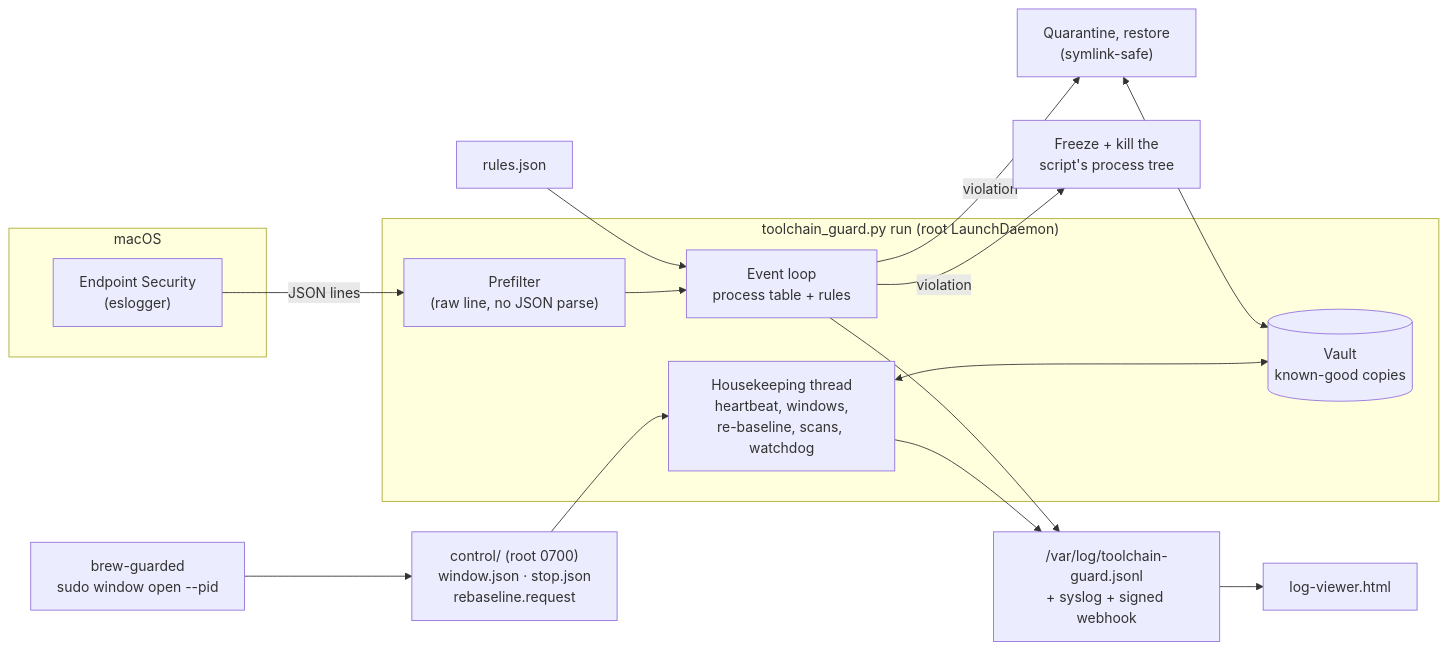
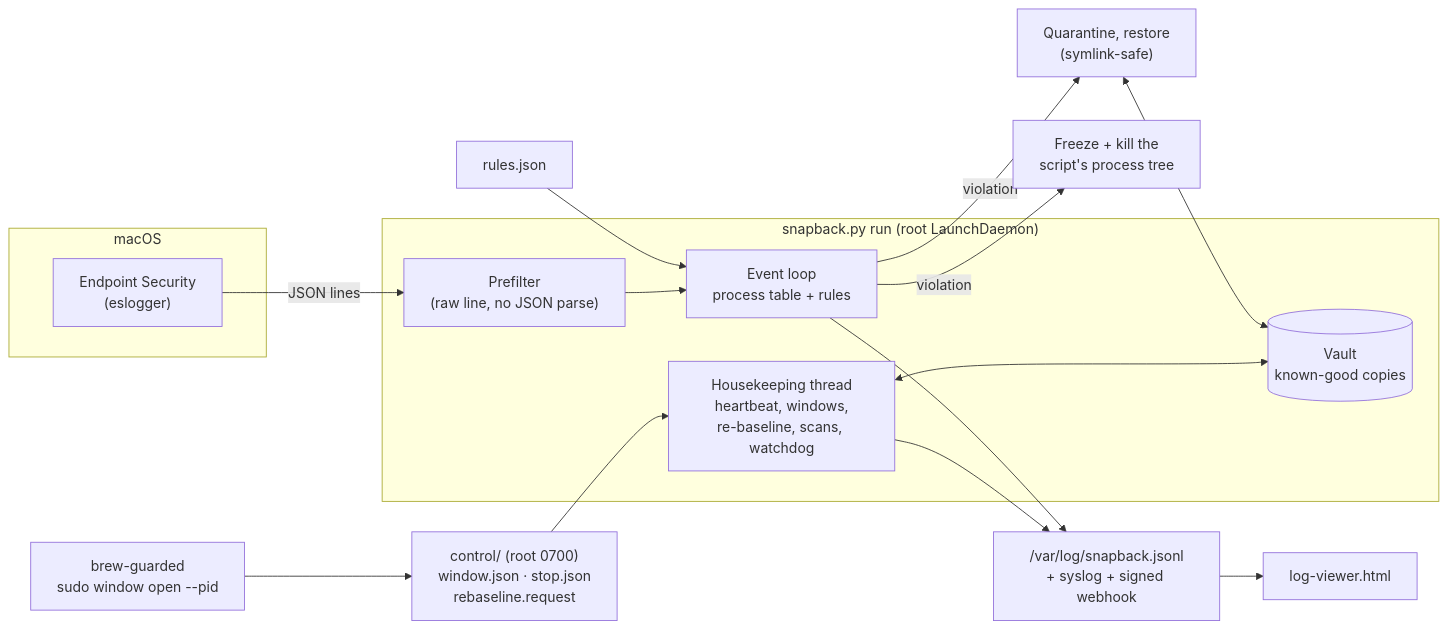
The diagram in README.md (hsouf/Snapback), drawn with Mermaid before and after one commit. The commit also changed other lines of this file and 9 other files, not shown here.

````diff
--- a/README.md
+++ b/README.md
@@ -43,23 +43,23 @@
 ```mermaid
 flowchart LR
     subgraph kernel["macOS"]
         ES["Endpoint Security<br/>(eslogger)"]
     end
-    subgraph daemon["toolchain_guard.py run (root LaunchDaemon)"]
+    subgraph daemon["snapback.py run (root LaunchDaemon)"]
         F["Prefilter<br/>(raw line, no JSON parse)"]
         P["Event loop<br/>process table + rules"]
         V[("Vault<br/>known-good copies")]
         HK["Housekeeping thread<br/>heartbeat, windows,<br/>re-baseline, scans, watchdog"]
     end
     R["rules.json"] --> P
     ES -- "JSON lines" --> F --> P
     P -- "violation" --> K["Freeze + kill the<br/>script's process tree"]
     P -- "violation" --> RV["Quarantine, restore<br/>(symlink-safe)"]
     RV <--> V
     HK <--> V
     C["control/ (root 0700)<br/>window.json · stop.json<br/>rebaseline.request"] --> HK
     BW["brew-guarded<br/>sudo window open --pid"] --> C
-    P --> LOG["/var/log/toolchain-guard.jsonl<br/>+ syslog + signed webhook"]
+    P --> LOG["/var/log/snapback.jsonl<br/>+ syslog + signed webhook"]
     HK --> LOG
     LOG --> UI["log-viewer.html"]
 ```
````
